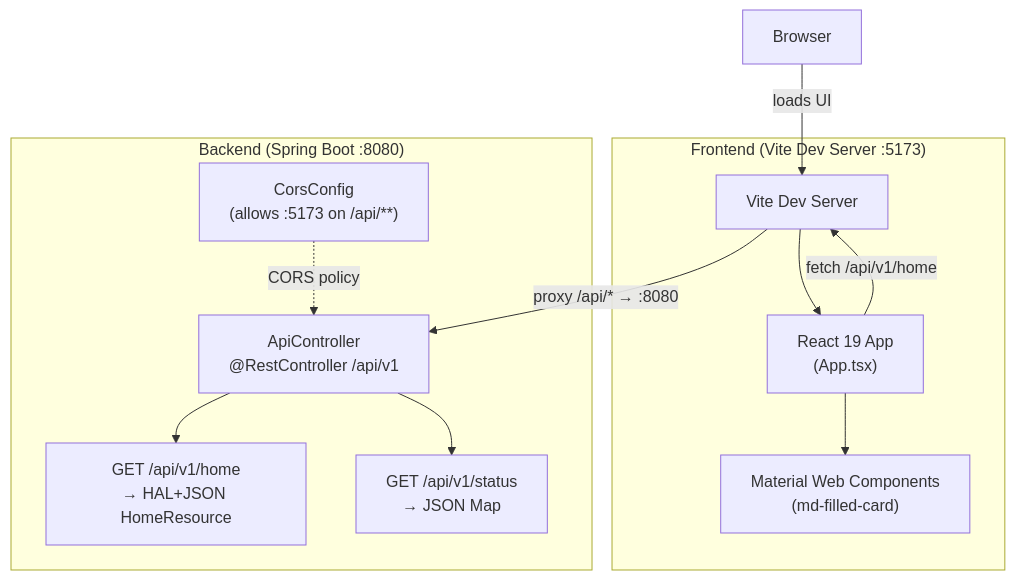
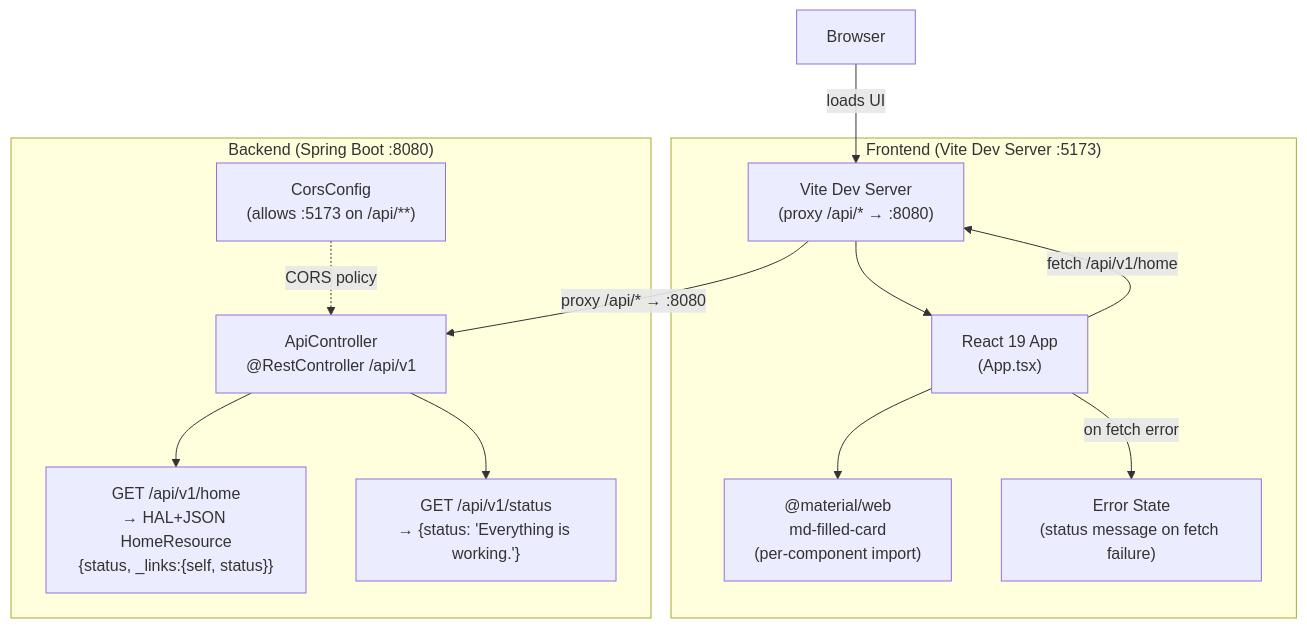
The diagram in docs/diagrams/architecture.md (VoidfulDawn/Encounters_of_the_Void), drawn with Mermaid before and after one commit. The commit also changed other lines of this file and 3 other files, not shown here.

First line of the commit message:
docs: update changelog and diagrams for PR #1 fixes

````diff
--- a/docs/diagrams/architecture.md
+++ b/docs/diagrams/architecture.md
@@ -5,26 +5,28 @@
 ```mermaid
 graph TD
     Browser["Browser"]
 
     subgraph Frontend ["Frontend (Vite Dev Server :5173)"]
-        Vite["Vite Dev Server"]
+        Vite["Vite Dev Server\n(proxy /api/* → :8080)"]
         React["React 19 App\n(App.tsx)"]
-        MWC["Material Web Components\n(md-filled-card)"]
+        MWC["@material/web\nmd-filled-card\n(per-component import)"]
+        ErrorState["Error State\n(status message on fetch failure)"]
     end
 
     subgraph Backend ["Backend (Spring Boot :8080)"]
         Controller["ApiController\n@RestController /api/v1"]
-        HomeEP["GET /api/v1/home\n→ HAL+JSON HomeResource"]
-        StatusEP["GET /api/v1/status\n→ JSON Map"]
+        HomeEP["GET /api/v1/home\n→ HAL+JSON HomeResource\n{status, _links:{self, status}}"]
+        StatusEP["GET /api/v1/status\n→ {status: 'Everything is working.'}"]
         CorsConfig["CorsConfig\n(allows :5173 on /api/**)"]
     end
 
     Browser -->|"loads UI"| Vite
     Vite --> React
     React --> MWC
     React -->|"fetch /api/v1/home"| Vite
     Vite -->|"proxy /api/* → :8080"| Controller
     Controller --> HomeEP
     Controller --> StatusEP
     CorsConfig -.->|"CORS policy"| Controller
+    React -->|"on fetch error"| ErrorState
 ```
````
